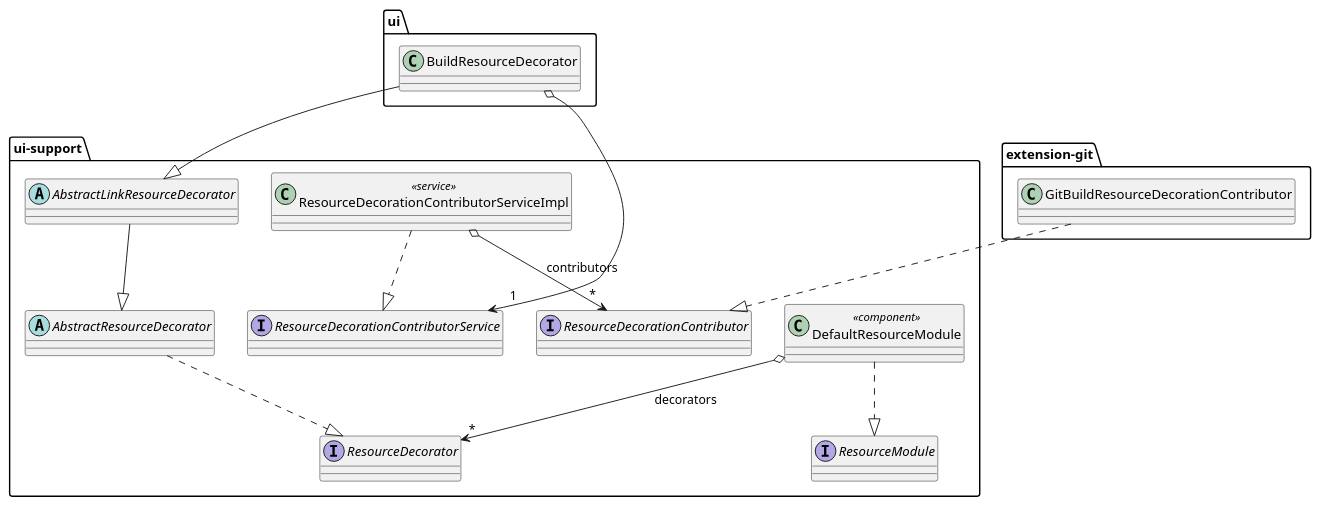
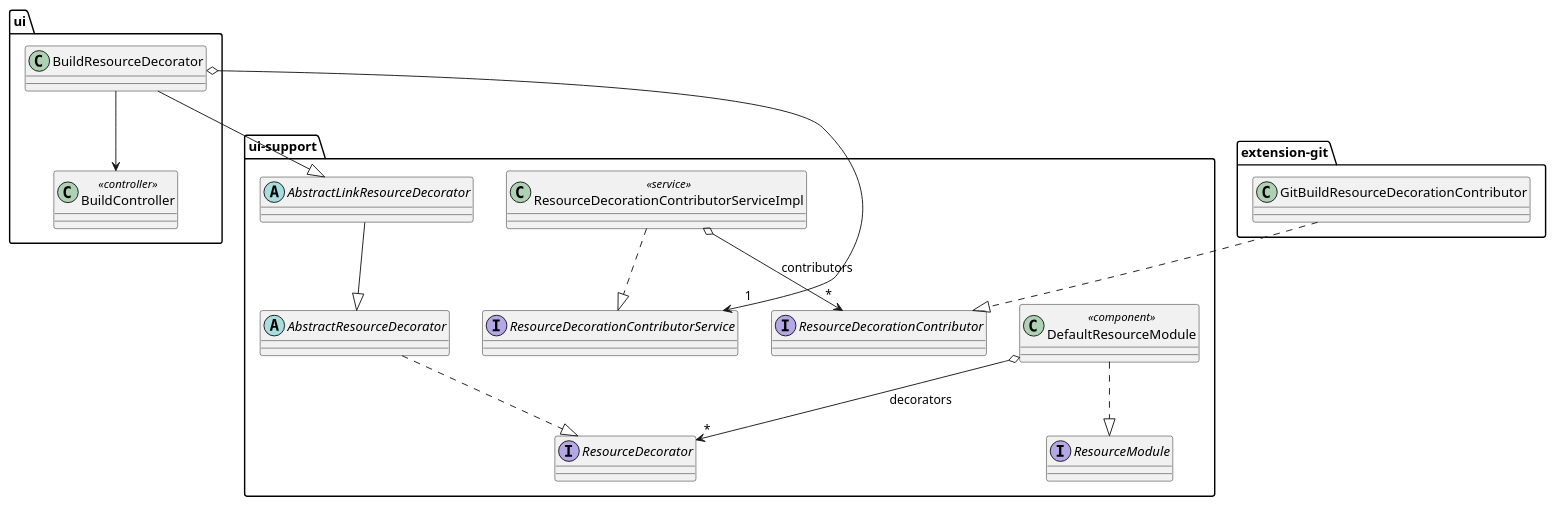
One commit to nemerosa/ontrack changed the diagram in ontrack-docs/src/docs/asciidoc/architecture-json-model.puml. Above: the diagram before and after it, drawn with PlantUML. The commit also changed 4 other files, not shown here.

Commit message:
#458 Links - refactoring - testing a resource decorator contribution

```diff
--- a/ontrack-docs/src/docs/asciidoc/architecture-json-model.puml
+++ b/ontrack-docs/src/docs/asciidoc/architecture-json-model.puml
@@ -1,37 +1,40 @@
 @startuml
 package "ui-support" {
     interface ResourceModule
     class DefaultResourceModule <<component>>
 
     interface ResourceDecorator
     abstract class AbstractResourceDecorator
     abstract class AbstractLinkResourceDecorator
 
     interface ResourceDecorationContributorService
     class ResourceDecorationContributorServiceImpl <<service>>
 
     interface ResourceDecorationContributor
 }
 
 package "ui" {
     class BuildResourceDecorator
+    class BuildController <<controller>>
+
+    BuildResourceDecorator --> BuildController
 }
 
 package "extension-git" {
     class GitBuildResourceDecorationContributor
 
     GitBuildResourceDecorationContributor ..|> ResourceDecorationContributor
 }
 
 DefaultResourceModule ..|> ResourceModule
 DefaultResourceModule o--> "*" ResourceDecorator : decorators
 
 AbstractResourceDecorator ..|> ResourceDecorator
 AbstractLinkResourceDecorator --|> AbstractResourceDecorator
 
 BuildResourceDecorator --|> AbstractLinkResourceDecorator
 BuildResourceDecorator o--> "1" ResourceDecorationContributorService
 
 ResourceDecorationContributorServiceImpl ..|> ResourceDecorationContributorService
 ResourceDecorationContributorServiceImpl o--> "*" ResourceDecorationContributor: contributors
 @enduml
```
